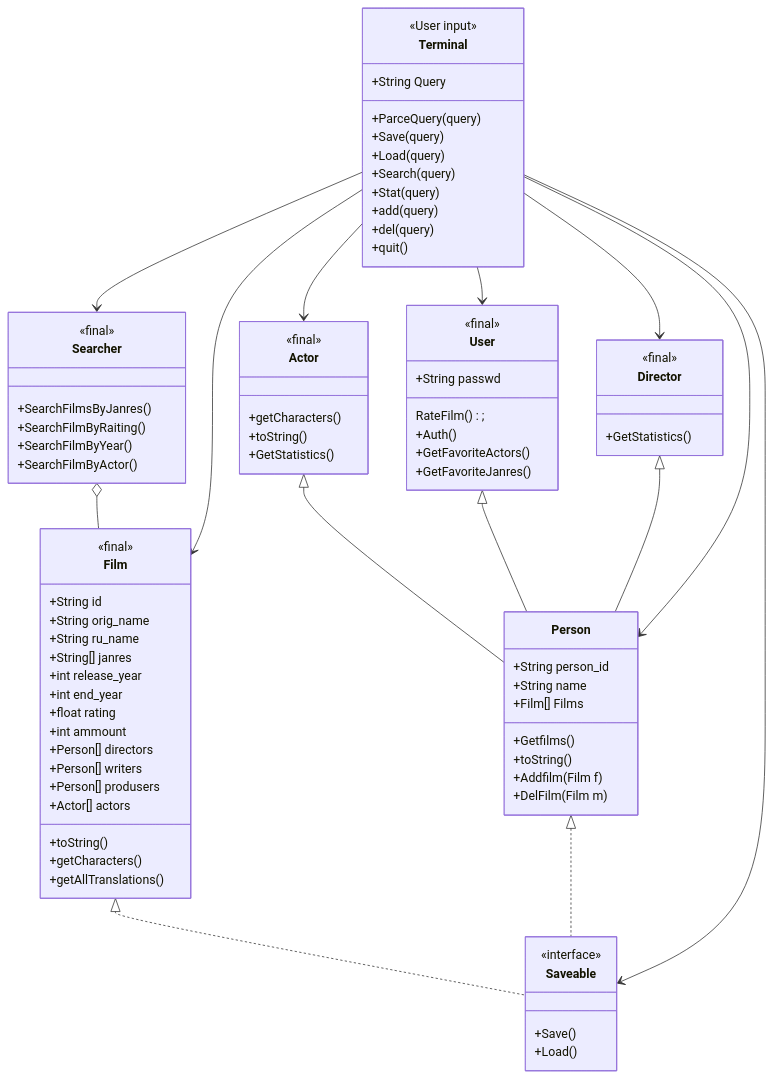
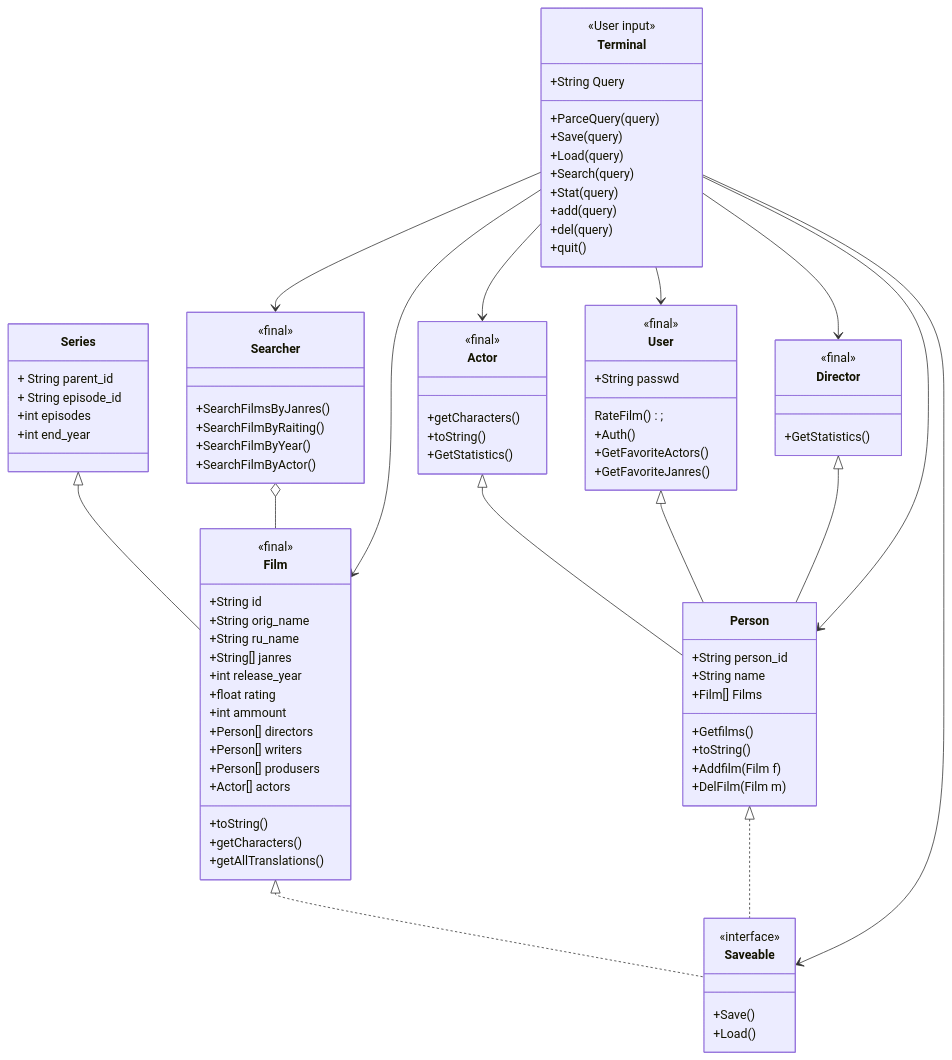
One commit to mmonastyrskiy/Programming_3_sem changed the diagram in Java_OOP/Monastyrskiy/Java_project/docs/structure.md. Above: the diagram before and after it, drawn with Mermaid.

```diff
--- a/Java_OOP/Monastyrskiy/Java_project/docs/structure.md
+++ b/Java_OOP/Monastyrskiy/Java_project/docs/structure.md
@@ -34,7 +34,6 @@
     	+String ru_name
     	+String[] janres
     	+int release_year
-        +int end_year
     	+float rating
     	+int ammount
     	+Person[] directors
@@ -46,6 +45,13 @@
     	+getAllTranslations()
 
 
+    }
+    class Series {
+    + String parent_id
+    + String episode_id
+    +int episodes
+    +int end_year
+    
     }
     class Person{
     	+String person_id
@@ -97,6 +103,7 @@
     
     Actor <|-- Person
     User <|-- Person
+    Series <| -- Film
     Director <|-- Person
     Film <|.. Saveable
     Person <|.. Saveable
```
